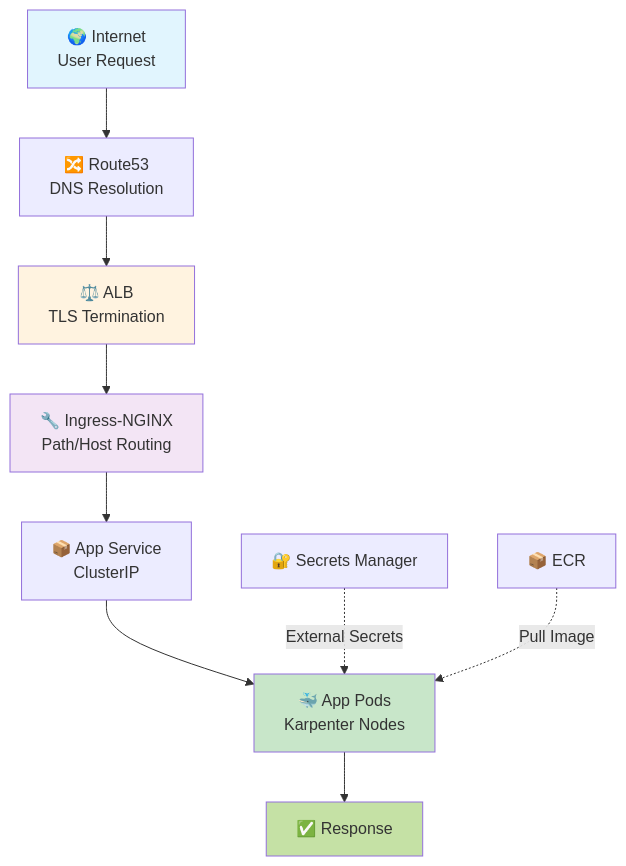
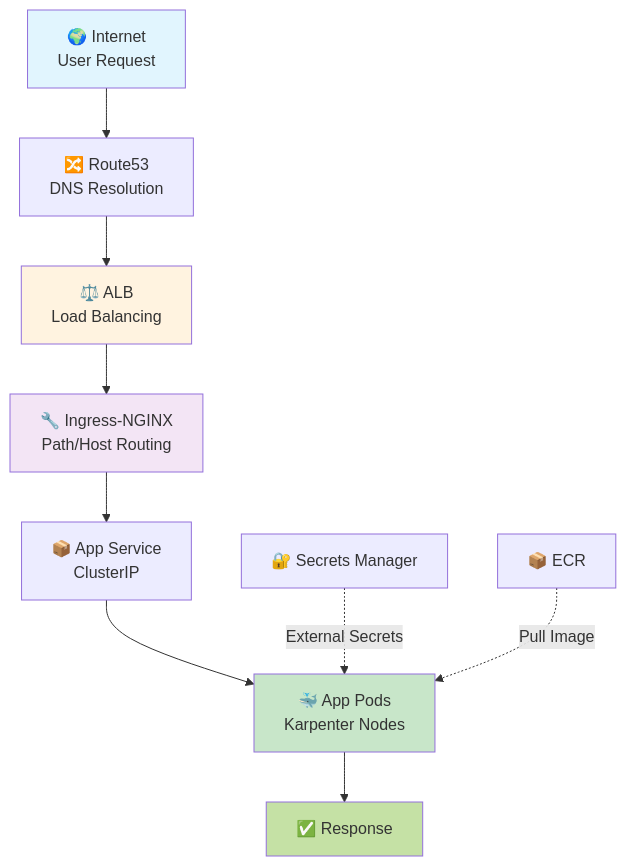
The third of 4 diagrams in README.md (edenbarkan/infra-live), drawn with Mermaid before and after one commit. The commit also changed other lines of this file and 3 other files, not shown here.

First line of the commit message:
docs: fix inaccurate TLS termination and Karpenter references

````diff
--- a/README.md
+++ b/README.md
@@ -139,18 +139,18 @@
 ```mermaid
 graph TD
     A[🌍 Internet<br/>User Request] --> B[🔀 Route53<br/>DNS Resolution]
-    B --> C[⚖️ ALB<br/>TLS Termination]
+    B --> C[⚖️ ALB<br/>Load Balancing]
     C --> D[🔧 Ingress-NGINX<br/>Path/Host Routing]
     D --> E[📦 App Service<br/>ClusterIP]
     E --> F[🐳 App Pods<br/>Karpenter Nodes]
     F --> G[✅ Response]
 
     H[🔐 Secrets Manager] -.->|External Secrets| F
     I[📦 ECR] -.->|Pull Image| F
 
     style A fill:#e1f5fe
     style C fill:#fff3e0
     style D fill:#f3e5f5
     style F fill:#c8e6c9
     style G fill:#c5e1a5
 ```
````
